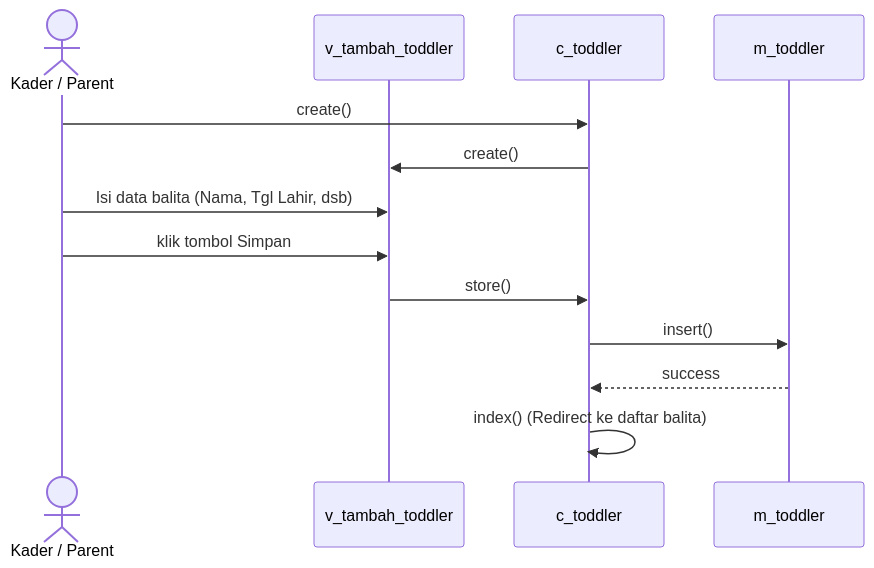
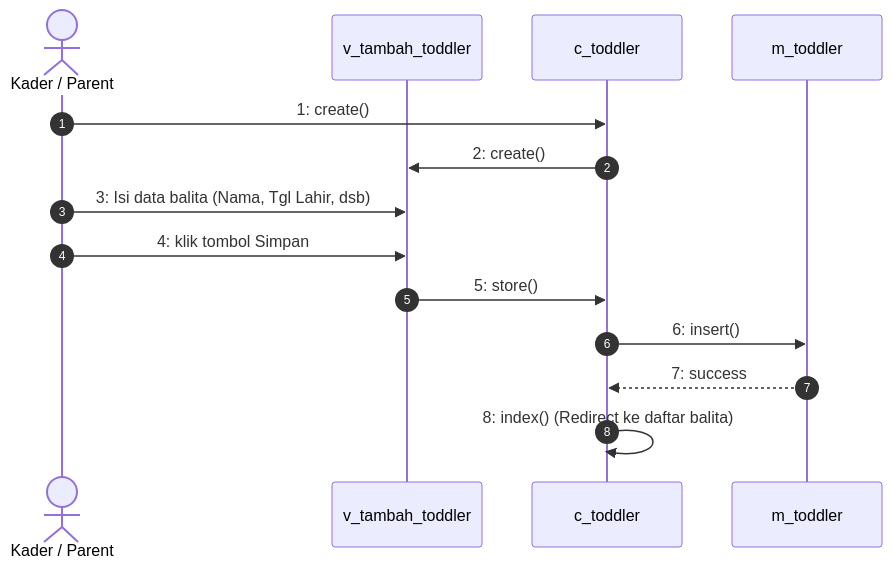
One commit to ahmadsanny2/posyandu-app changed the eighth of 16 diagrams in plan-diagram.md. Above: the diagram before and after it, drawn with Mermaid. The commit also changed other lines of this file, not shown here.

Commit message:
docs: add sequence diagram autonumbering and manual labels

````diff
--- a/plan-diagram.md
+++ b/plan-diagram.md
@@ -441,16 +442,17 @@
 ```mermaid
 sequenceDiagram
+    autonumber
     actor Kader as Kader / Parent
     participant Boundary as v_tambah_toddler
     participant Control as c_toddler
     participant Entity as m_toddler
 
-    Kader->>Control: create()
-    Control->>Boundary: create()
-    Kader->>Boundary: Isi data balita (Nama, Tgl Lahir, dsb)
-    Kader->>Boundary: klik tombol Simpan
-    Boundary->>Control: store()
-    Control->>Entity: insert()
-    Entity-->>Control: success
-    Control->>Control: index() (Redirect ke daftar balita)
+    Kader->>Control: 1: create()
+    Control->>Boundary: 2: create()
+    Kader->>Boundary: 3: Isi data balita (Nama, Tgl Lahir, dsb)
+    Kader->>Boundary: 4: klik tombol Simpan
+    Boundary->>Control: 5: store()
+    Control->>Entity: 6: insert()
+    Entity-->>Control: 7: success
+    Control->>Control: 8: index() (Redirect ke daftar balita)
 ```
````
